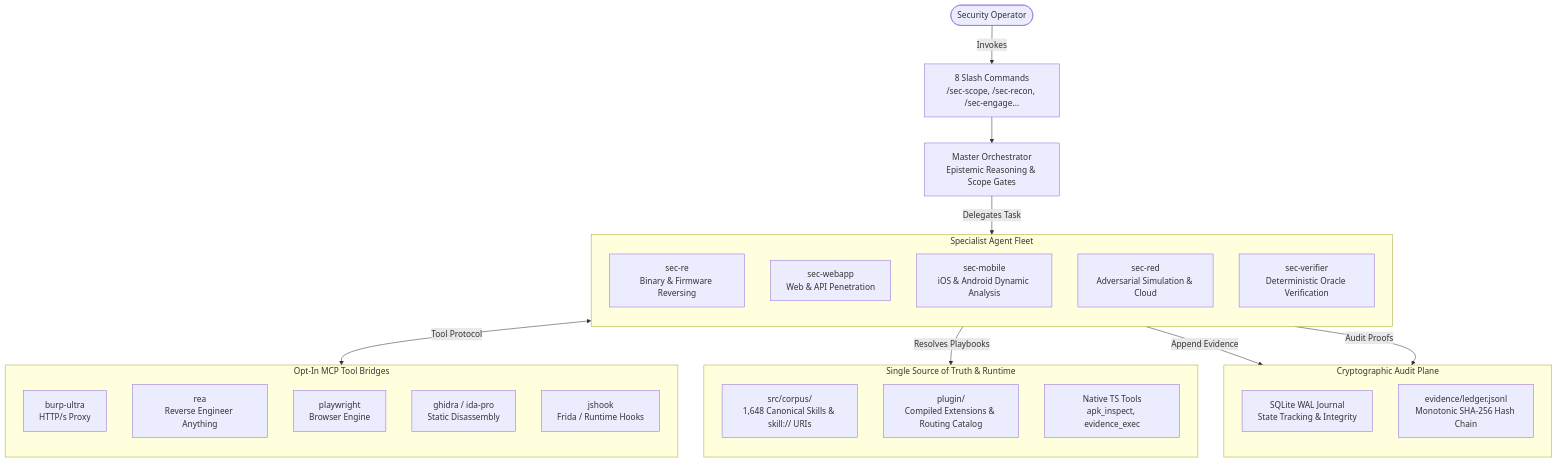
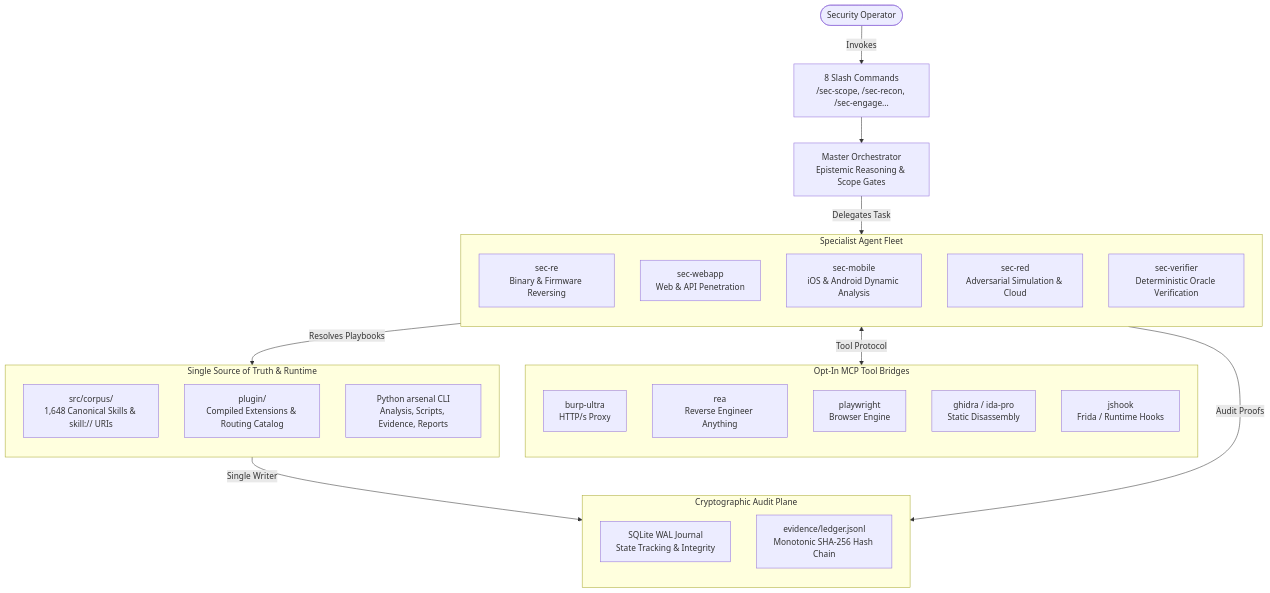
The diagram in README.md (bitbytelabio/arsenal), drawn with Mermaid before and after one commit. The commit also changed other lines of this file and 1498 other files, not shown here.

First line of the commit message:
feat(cli): migrate operational tooling, evidence, and scripts to Python package

````diff
--- a/README.md
+++ b/README.md
@@ -39,45 +39,45 @@
 ```mermaid
 flowchart TD
     Op([Security Operator]) -->|Invokes| Cmd["8 Slash Commands<br/>/sec-scope, /sec-recon, /sec-engage..."]
     Cmd --> Orchestrator["Master Orchestrator<br/>Epistemic Reasoning & Scope Gates"]
 
     subgraph Specialists ["Specialist Agent Fleet"]
         direction TB
         RE["sec-re<br/>Binary & Firmware Reversing"]
         WA["sec-webapp<br/>Web & API Penetration"]
         MO["sec-mobile<br/>iOS & Android Dynamic Analysis"]
         RT["sec-red<br/>Adversarial Simulation & Cloud"]
         VE["sec-verifier<br/>Deterministic Oracle Verification"]
     end
 
     Orchestrator -->|Delegates Task| Specialists
 
     subgraph Bridges ["Opt-In MCP Tool Bridges"]
         direction TB
         B1["burp-ultra<br/>HTTP/s Proxy"]
         B2["rea<br/>Reverse Engineer Anything"]
         B3["playwright<br/>Browser Engine"]
         B4["ghidra / ida-pro<br/>Static Disassembly"]
         B5["jshook<br/>Frida / Runtime Hooks"]
     end
 
     Specialists <-->|Tool Protocol| Bridges
 
     subgraph CoreEngine ["Single Source of Truth & Runtime"]
         direction TB
         Corpus["src/corpus/<br/>1,648 Canonical Skills & skill:// URIs"]
         PluginDist["plugin/<br/>Compiled Extensions & Routing Catalog"]
-        NativeTools["Native TS Tools<br/>apk_inspect, evidence_exec"]
+        NativeTools["Python arsenal CLI<br/>Analysis, Scripts, Evidence, Reports"]
     end
 
     Specialists -->|Resolves Playbooks| CoreEngine
 
     subgraph EvidenceLedger ["Cryptographic Audit Plane"]
         direction TB
         Journal["SQLite WAL Journal<br/>State Tracking & Integrity"]
         Ledger["evidence/ledger.jsonl<br/>Monotonic SHA-256 Hash Chain"]
     end
 
-    Specialists -->|Append Evidence| EvidenceLedger
+    NativeTools -->|Single Writer| EvidenceLedger
     VE -->|Audit Proofs| EvidenceLedger
 ```
````
